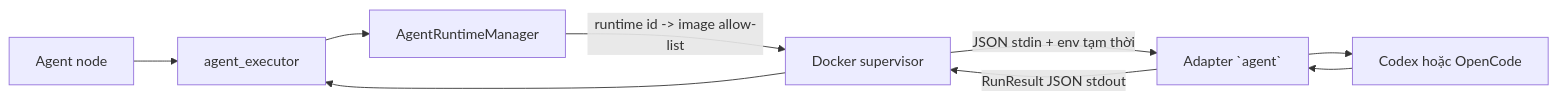
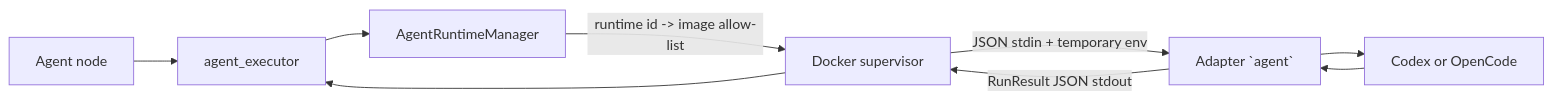
The first of 2 diagrams in docs/codex-opencode-runtime-integration.md (ndthangit/AgentFlow), drawn with Mermaid before and after one commit. The commit also changed other lines of this file and 39 other files, not shown here.

````diff
--- a/docs/codex-opencode-runtime-integration.md
+++ b/docs/codex-opencode-runtime-integration.md
@@ -18,11 +18,11 @@
 ```mermaid
 flowchart LR
     NODE[Agent node] --> EXEC[agent_executor]
     EXEC --> MANAGER[AgentRuntimeManager]
     MANAGER -->|runtime id -> image allow-list| SUP[Docker supervisor]
-    SUP -->|JSON stdin + env tạm thời| WRAP[Adapter `agent`]
-    WRAP --> VENDOR[Codex hoặc OpenCode]
+    SUP -->|JSON stdin + temporary env| WRAP[Adapter `agent`]
+    WRAP --> VENDOR[Codex or OpenCode]
     VENDOR --> WRAP
     WRAP -->|RunResult JSON stdout| SUP
     SUP --> EXEC
 ```
````
